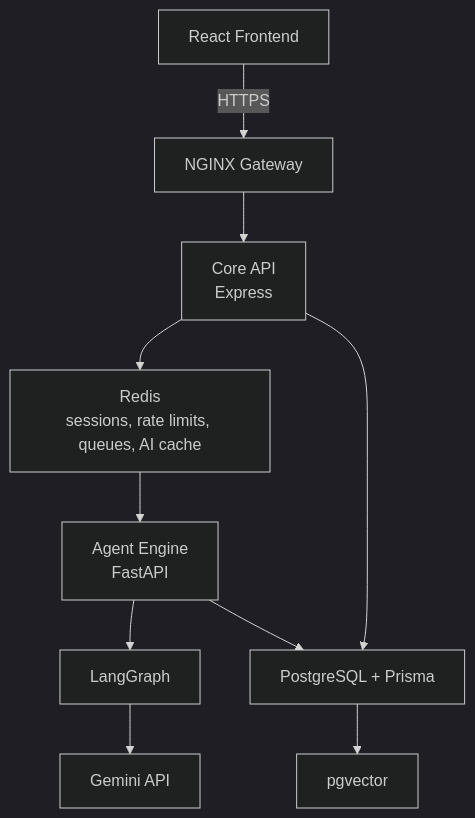
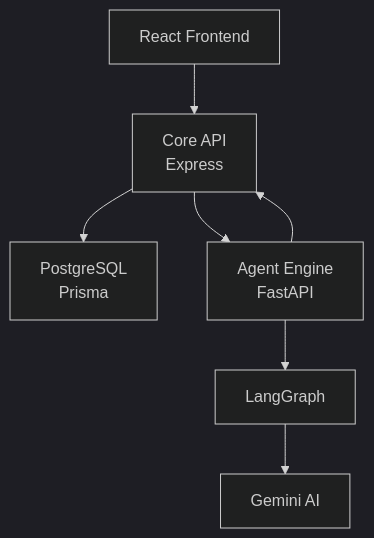
The first of 2 diagrams in docs/architecture.md (ravizf/Lumify), drawn with Mermaid (dark theme) before and after one commit. The commit also changed other lines of this file and 9 other files, not shown here.

````diff
--- a/docs/architecture.md
+++ b/docs/architecture.md
@@ -7,12 +7,9 @@
 ```mermaid
 flowchart TD
-  A[React Frontend] -->|HTTPS| B[NGINX Gateway]
-  B --> C[Core API<br/>Express]
-  C --> D[Redis<br/>sessions, rate limits, queues, AI cache]
-  D --> E[Agent Engine<br/>FastAPI]
-  E --> F[LangGraph]
-  F --> G[Gemini API]
-  C --> H[PostgreSQL + Prisma]
-  H --> I[pgvector]
-  E --> H
+  A[React Frontend] --> B[Core API<br/>Express]
+  B --> C[PostgreSQL<br/>Prisma]
+  B --> D[Agent Engine<br/>FastAPI]
+  D --> E[LangGraph]
+  E --> F[Gemini AI]
+  D --> B
 ```
````
